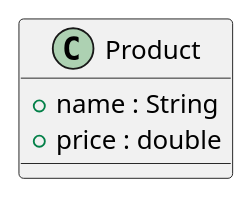
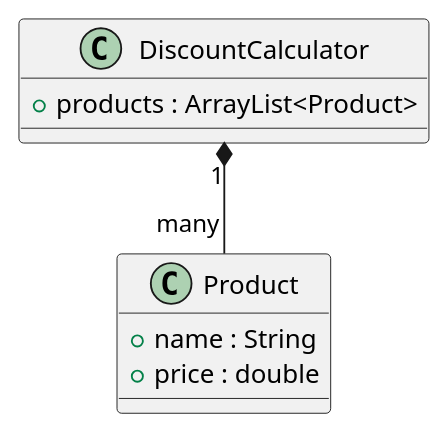
The diagram in UML/Instance.puml (PJMPR/lab03-intruduction-to-classes), drawn with PlantUML before and after one commit.

Commit message:
start lab 03

```diff
--- a/UML/Instance.puml
+++ b/UML/Instance.puml
@@ -1,10 +1,16 @@
 @startuml test
 
 
 class Product {
     + name : String
     + price : double
 }
 
+DiscountCalculator "1" *-- "many" Product
+
+class DiscountCalculator {
+    + products : ArrayList<Product>
+
+}
 
 @enduml
```
